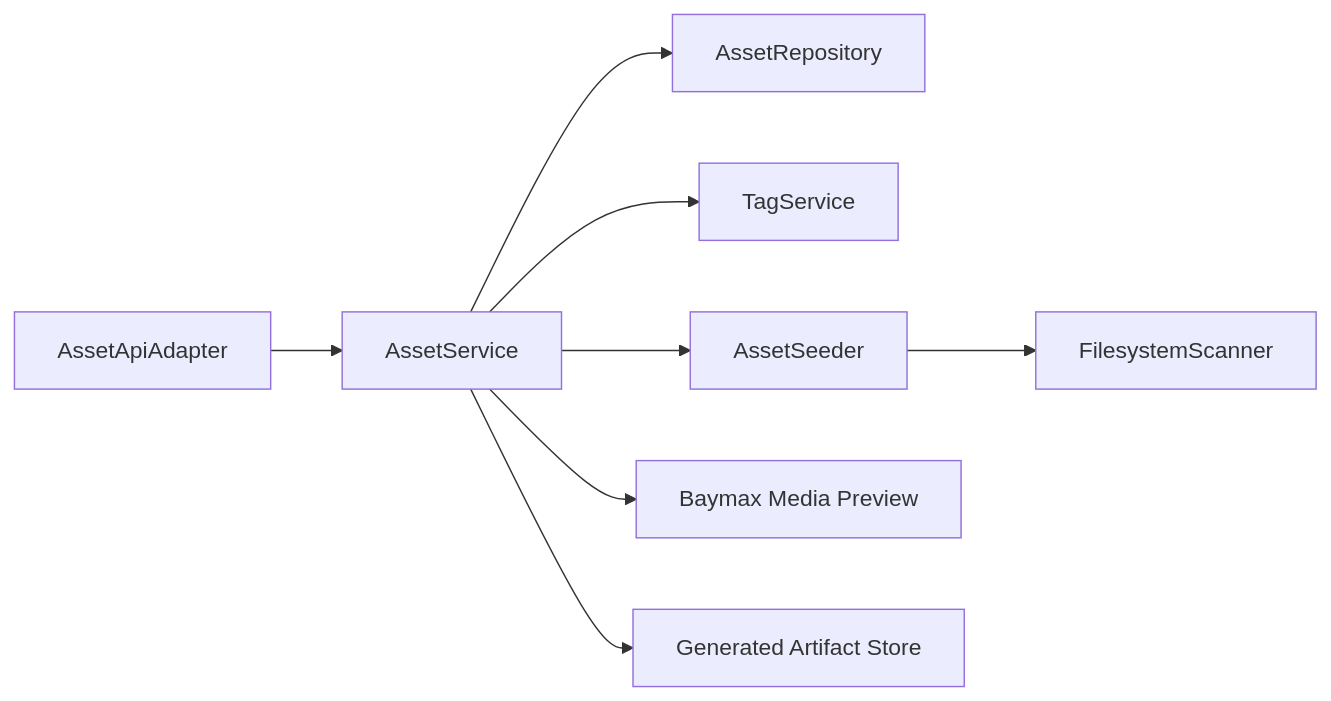
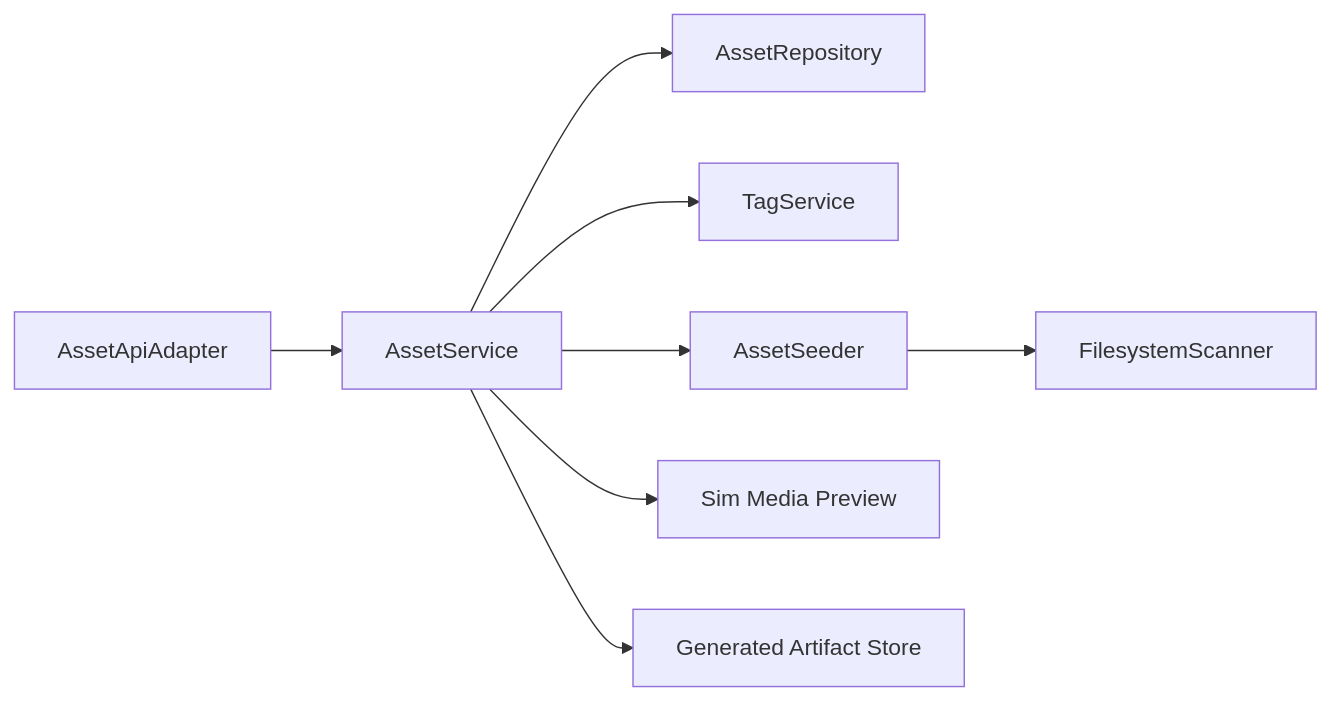
Before and after one commit to imagineerings/xor: the diagram in .agents/specs/godot-migration/comfy-asset-library/design.md, drawn with Mermaid. The commit also changed other lines of this file and 1952 other files, not shown here.

Commit message:
chore: rename from baymax to sim (#61)

````diff
--- a/.agents/specs/godot-migration/comfy-asset-library/design.md
+++ b/.agents/specs/godot-migration/comfy-asset-library/design.md
@@ -9,10 +9,10 @@
 ```mermaid
 flowchart LR
     Api[AssetApiAdapter] --> Service[AssetService]
     Service --> Store[AssetRepository]
     Service --> Tags[TagService]
     Service --> Seed[AssetSeeder]
     Seed --> Scanner[FilesystemScanner]
-    Service --> Media[Baymax Media Preview]
+    Service --> Media[Sim Media Preview]
     Service --> Provenance[Generated Artifact Store]
 ```
````
